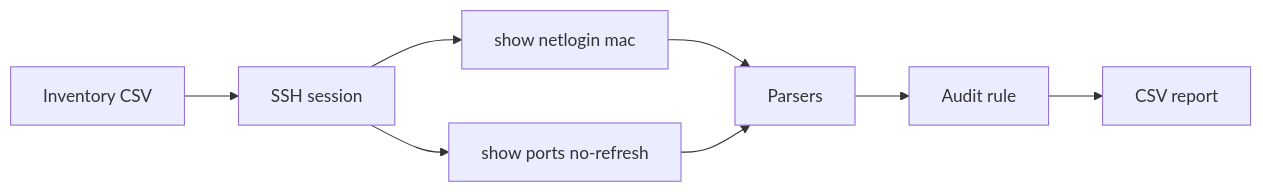
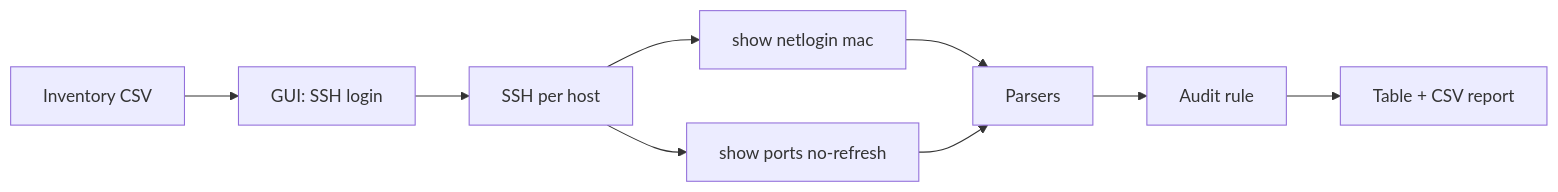
One commit to Verter18328/RPH-RougePortsHunter changed the diagram in README.md. Above: the diagram before and after it, drawn with Mermaid. The commit also changed other lines of this file and 11 other files, not shown here.

````diff
--- a/README.md
+++ b/README.md
@@ -15,10 +16,11 @@
 ```mermaid
 flowchart LR
-  A[Inventory CSV] --> B[SSH session]
-  B --> C[show netlogin mac]
-  B --> D[show ports no-refresh]
-  C --> E[Parsers]
-  D --> E
-  E --> F[Audit rule]
-  F --> G[CSV report]
+  A[Inventory CSV] --> B[GUI: SSH login]
+  B --> C[SSH per host]
+  C --> D[show netlogin mac]
+  C --> E[show ports no-refresh]
+  D --> F[Parsers]
+  E --> F
+  F --> G[Audit rule]
+  G --> H[Table + CSV report]
 ```
````
